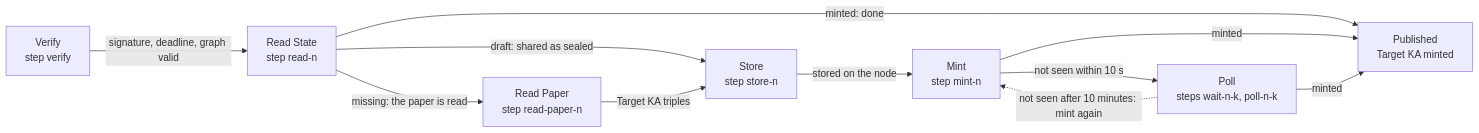
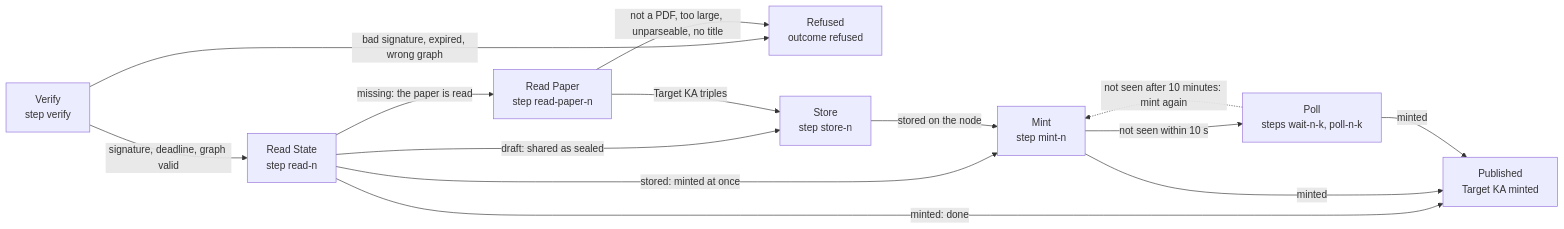
The diagram in .omm/pipeline/publish-run/diagram.mmd (SiegfriedBz/labstrail), drawn with Mermaid before and after one commit. The commit also changed 20 other files, not shown here.

First line of the commit message:
docs: correct seven architecture views against the code

```diff
--- a/.omm/pipeline/publish-run/diagram.mmd
+++ b/.omm/pipeline/publish-run/diagram.mmd
@@ -1,11 +1,14 @@
 graph LR
     verify["Verify\nstep verify"] -->|"signature, deadline, graph valid"| read-state["Read State\nstep read-n"]
+    verify -->|"bad signature, expired, wrong graph"| refused["Refused\noutcome refused"]
     read-state -->|"missing: the paper is read"| read-paper["Read Paper\nstep read-paper-n"]
     read-state -->|"draft: shared as sealed"| store["Store\nstep store-n"]
+    read-state -->|"stored: minted at once"| mint["Mint\nstep mint-n"]
     read-state -->|"minted: done"| done["Published\nTarget KA minted"]
     read-paper -->|"Target KA triples"| store
-    store -->|"stored on the node"| mint["Mint\nstep mint-n"]
+    read-paper -->|"not a PDF, too large, unparseable, no title"| refused
+    store -->|"stored on the node"| mint
     mint -->|"not seen within 10 s"| poll["Poll\nsteps wait-n-k, poll-n-k"]
     mint -->|"minted"| done
     poll -->|"minted"| done
     poll -.->|"not seen after 10 minutes: mint again"| mint
```
